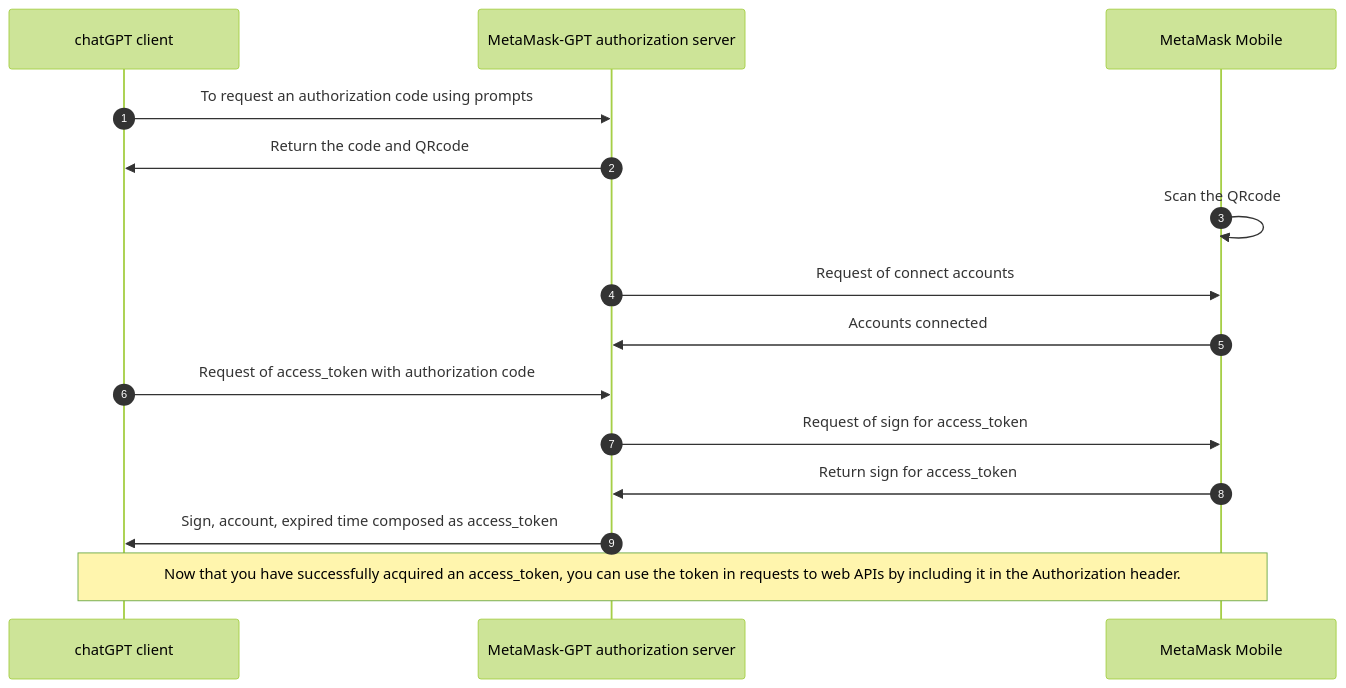
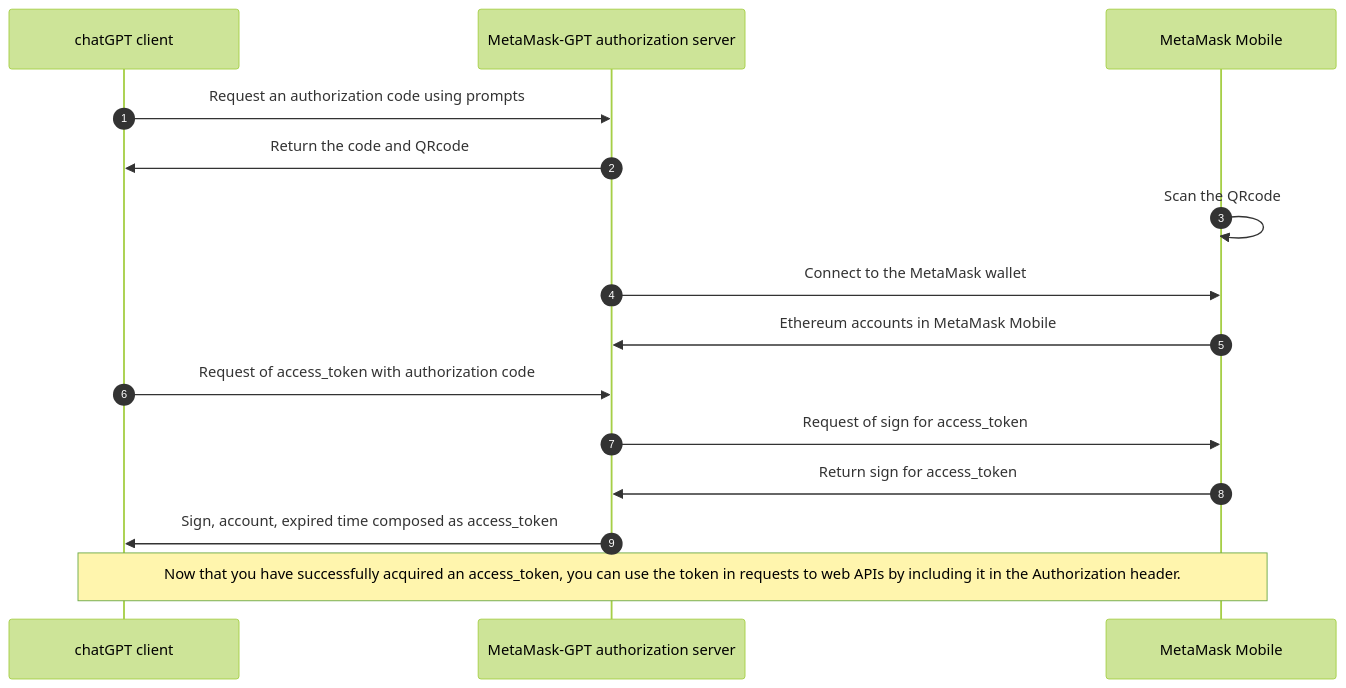
Before and after one commit to TheBestOrNothing/thebestornothing.github.io: the diagram in website/docs/metamaskGPT/connect.mdx, drawn with Mermaid (forest theme). The commit also changed other lines of this file, not shown here.

````diff
--- a/website/docs/metamaskGPT/connect.mdx
+++ b/website/docs/metamaskGPT/connect.mdx
@@ -29,29 +29,29 @@
 ```mermaid
 %%{
   init: {
     'sequence': {
       'actorMargin': 100,
       'width': 250,
       'noteMargin': 15
     }
   }
 }%%
 
 sequenceDiagram
     autonumber
     participant chatGPTClient as chatGPT client
     participant MetaMask-GPTAuthServer as MetaMask-GPT authorization server
     participant MetaMaskMobile as MetaMask Mobile
 
-    chatGPTClient->>MetaMask-GPTAuthServer: To request an authorization code using prompts
+    chatGPTClient->>MetaMask-GPTAuthServer: Request an authorization code using prompts
     MetaMask-GPTAuthServer->>chatGPTClient: Return the code and QRcode
     MetaMaskMobile->>MetaMaskMobile: Scan the QRcode 
-    MetaMask-GPTAuthServer->>MetaMaskMobile: Request of connect accounts 
-    MetaMaskMobile->>MetaMask-GPTAuthServer: Accounts connected
+    MetaMask-GPTAuthServer->>MetaMaskMobile: Connect to the MetaMask wallet
+    MetaMaskMobile->>MetaMask-GPTAuthServer: Ethereum accounts in MetaMask Mobile
     chatGPTClient->>MetaMask-GPTAuthServer: Request of access_token with authorization code
     MetaMask-GPTAuthServer->>MetaMaskMobile: Request of sign for access_token 
-    MetaMaskMobile->>MetaMask-GPTAuthServer: Return sign for access_token 
+    MetaMaskMobile->>MetaMask-GPTAuthServer: Return sign for access_token
     MetaMask-GPTAuthServer->>chatGPTClient: Sign, account, expired time composed as access_token
     note over chatGPTClient, MetaMaskMobile: Now that you have successfully acquired an access_token, you can use the token in requests to web APIs by including it in the Authorization header.
 
 ```
````
